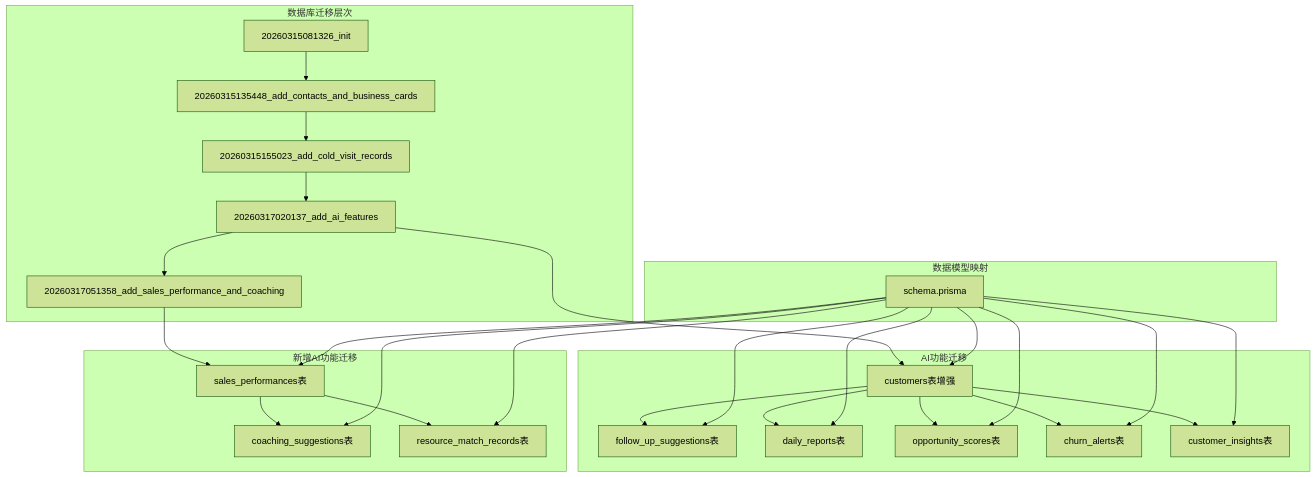
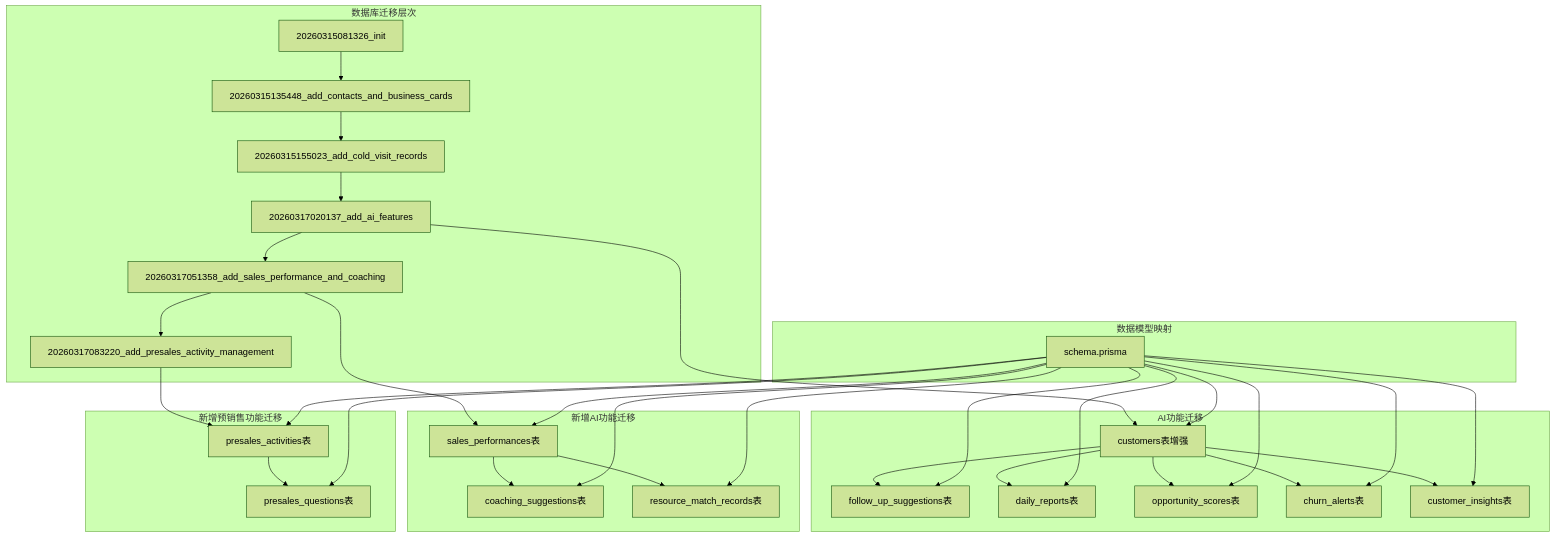
The ninth of 12 diagrams in .qoder/repowiki/zh/content/Ai Audio Analysis.md (xianjianshenqu/SalesFlow-CRM), drawn with Mermaid (forest theme) before and after one commit. The commit also changed other lines of this file and 5 other files, not shown here.

````diff
--- a/.qoder/repowiki/zh/content/Ai Audio Analysis.md
+++ b/.qoder/repowiki/zh/content/Ai Audio Analysis.md
@@ -481,33 +575,40 @@
 ```mermaid
 graph TB
 subgraph "数据库迁移层次"
 M1[20260315081326_init] --> M2[20260315135448_add_contacts_and_business_cards]
 M2 --> M3[20260315155023_add_cold_visit_records]
 M3 --> M4[20260317020137_add_ai_features]
 M4 --> M5[20260317051358_add_sales_performance_and_coaching]
+M5 --> M6[20260317083220_add_presales_activity_management]
 end
 subgraph "AI功能迁移"
 M4 --> T1[customers表增强]
 T1 --> T2[follow_up_suggestions表]
 T1 --> T3[daily_reports表]
 T1 --> T4[opportunity_scores表]
 T1 --> T5[churn_alerts表]
 T1 --> T6[customer_insights表]
 end
 subgraph "新增AI功能迁移"
 M5 --> T7[sales_performances表]
 T7 --> T8[coaching_suggestions表]
 T7 --> T9[resource_match_records表]
 end
+subgraph "新增预销售功能迁移"
+M6 --> T10[presales_activities表]
+T10 --> T11[presales_questions表]
+end
 subgraph "数据模型映射"
 S1[schema.prisma] --> T1
 S1 --> T2
 S1 --> T3
 S1 --> T4
 S1 --> T5
 S1 --> T6
 S1 --> T7
 S1 --> T8
 S1 --> T9
+S1 --> T10
+S1 --> T11
 end
 ```
````
